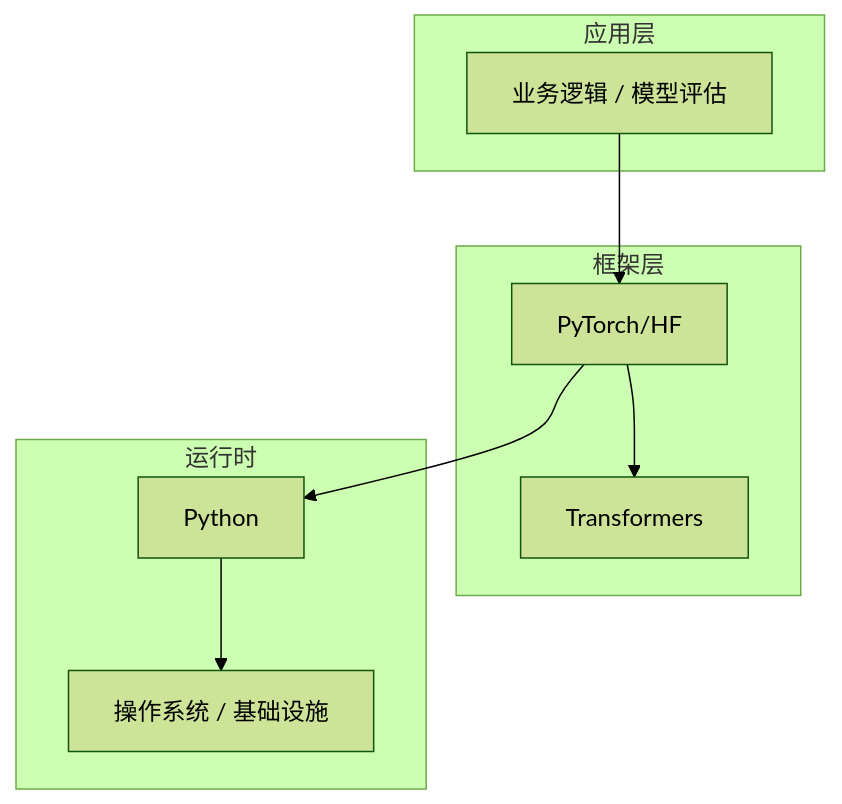
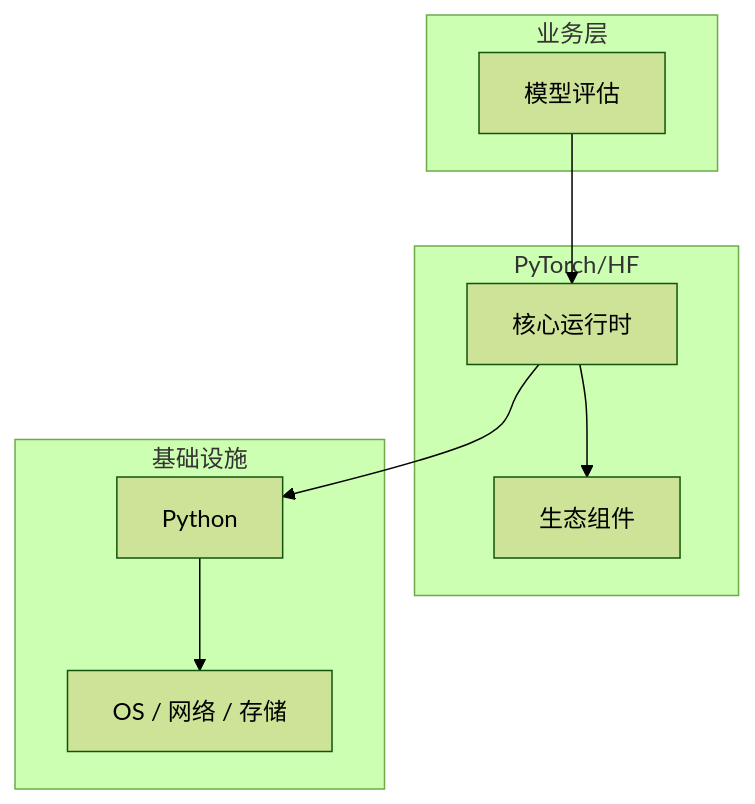
The diagram in articles/大语言模型/chapters/109-模型评估核心概念与原理.md (yanggan2015/knowledge-json-v2), drawn with Mermaid (forest theme) before and after one commit. The commit also changed other lines of this file and 10127 other files, not shown here.

````diff
--- a/articles/大语言模型/chapters/109-模型评估核心概念与原理.md
+++ b/articles/大语言模型/chapters/109-模型评估核心概念与原理.md
@@ -45,18 +30,18 @@
 ```mermaid
 graph TB
-    subgraph 应用层
-        A[业务逻辑 / 模型评估]
+    subgraph 业务层
+        A[模型评估]
     end
-    subgraph 框架层
-        B[PyTorch/HF]
-        C[Transformers]
+    subgraph PyTorch/HF
+        B[核心运行时]
+        C[生态组件]
     end
-    subgraph 运行时
+    subgraph 基础设施
         D[Python]
-        E[操作系统 / 基础设施]
+        E[OS / 网络 / 存储]
     end
     A --> B
     B --> C
     B --> D
     D --> E
 ```
````
